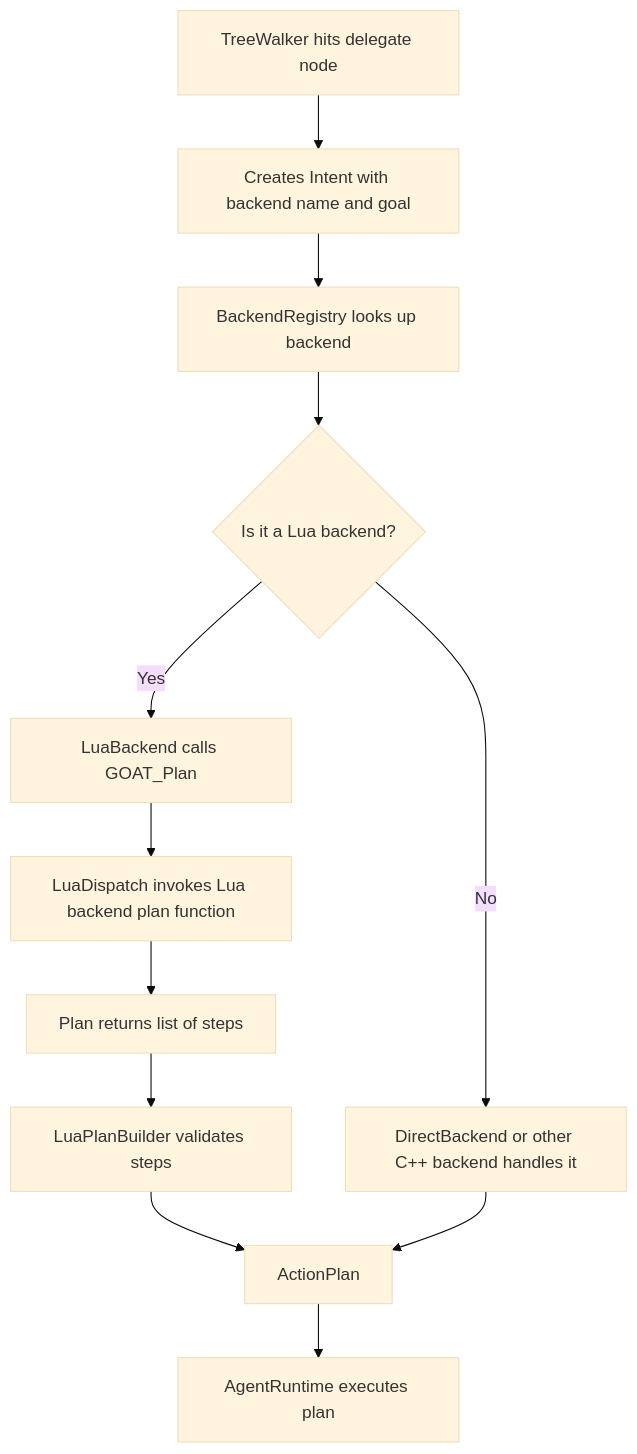
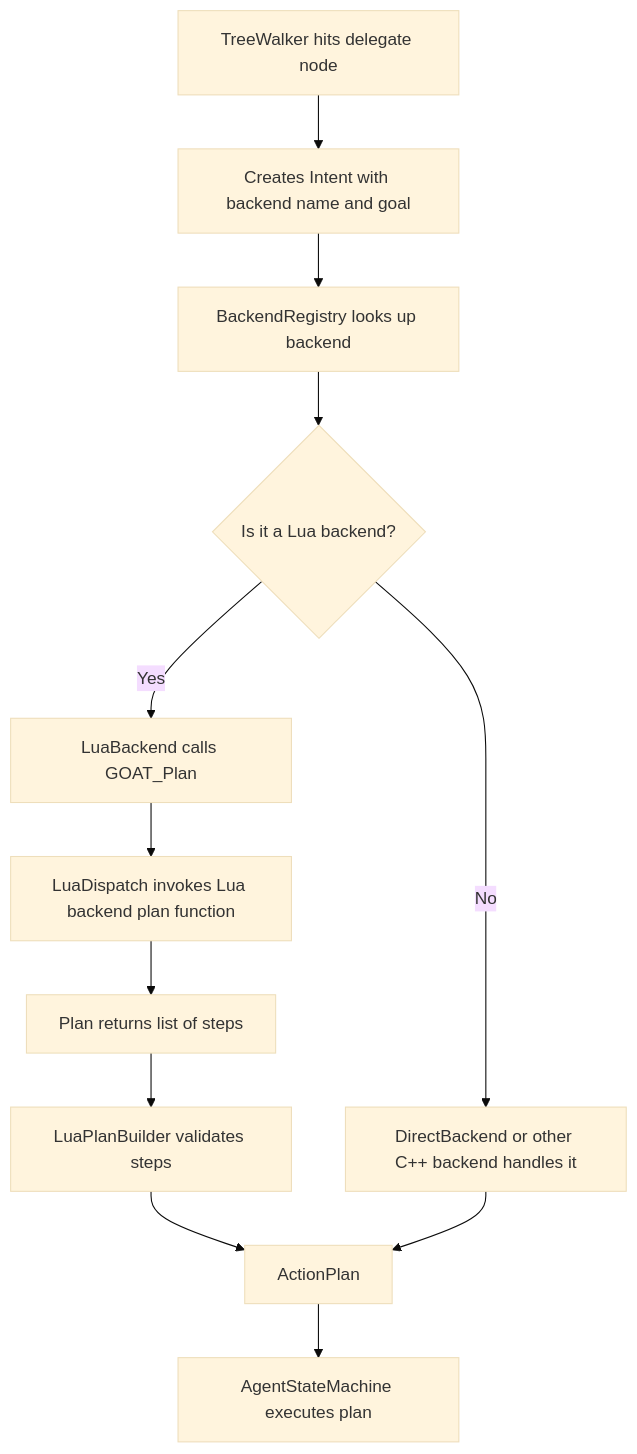
The diagram in Docs/03 - Lua API/Backends.md (jabbadablack/G.O.A.T), drawn with Mermaid (base theme) before and after one commit. The commit also changed other lines of this file and 3 other files, not shown here.

````diff
--- a/Docs/03 - Lua API/Backends.md
+++ b/Docs/03 - Lua API/Backends.md
@@ -100,14 +100,14 @@
 ```mermaid
 flowchart TD
     A[TreeWalker hits delegate node] --> B[Creates Intent with backend name and goal]
     B --> C[BackendRegistry looks up backend]
     C --> D{Is it a Lua backend?}
     D -->|Yes| E[LuaBackend calls GOAT_Plan]
     E --> F[LuaDispatch invokes Lua backend plan function]
     F --> G[Plan returns list of steps]
     G --> H[LuaPlanBuilder validates steps]
     H --> I[ActionPlan]
-    I --> J[AgentRuntime executes plan]
+    I --> J[AgentStateMachine executes plan]
     D -->|No| K[DirectBackend or other C++ backend handles it]
     K --> I
 ```
````
